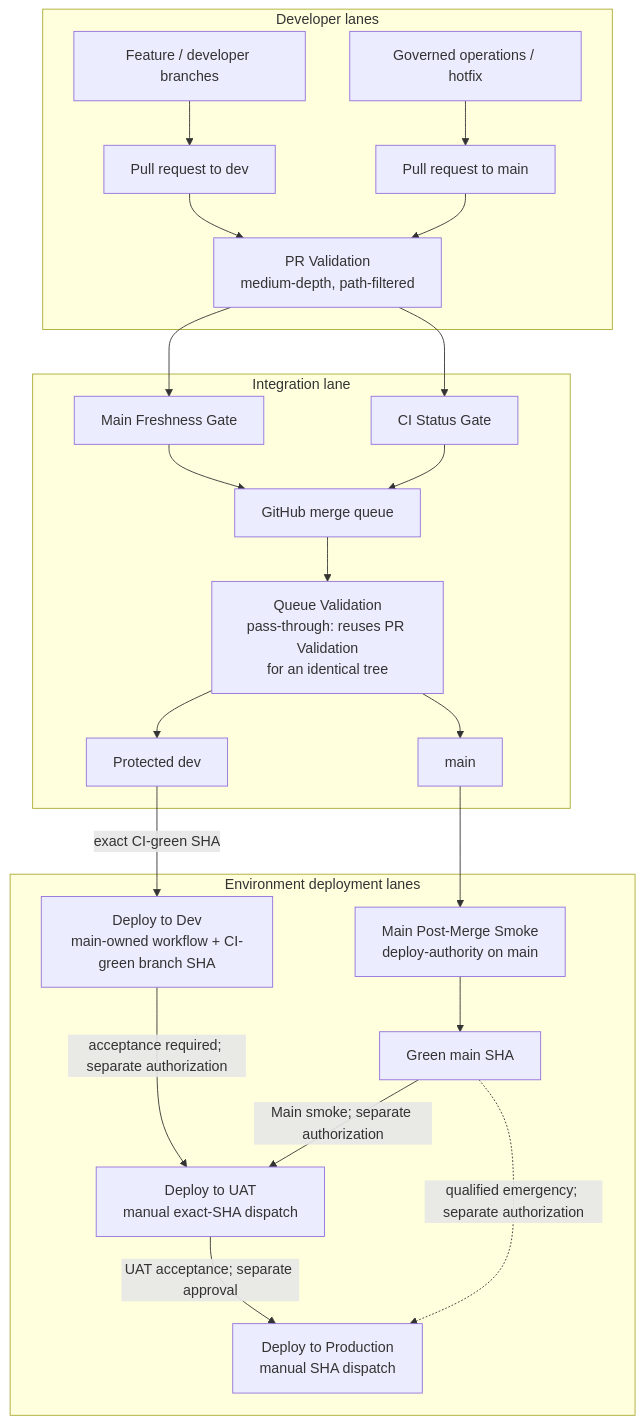
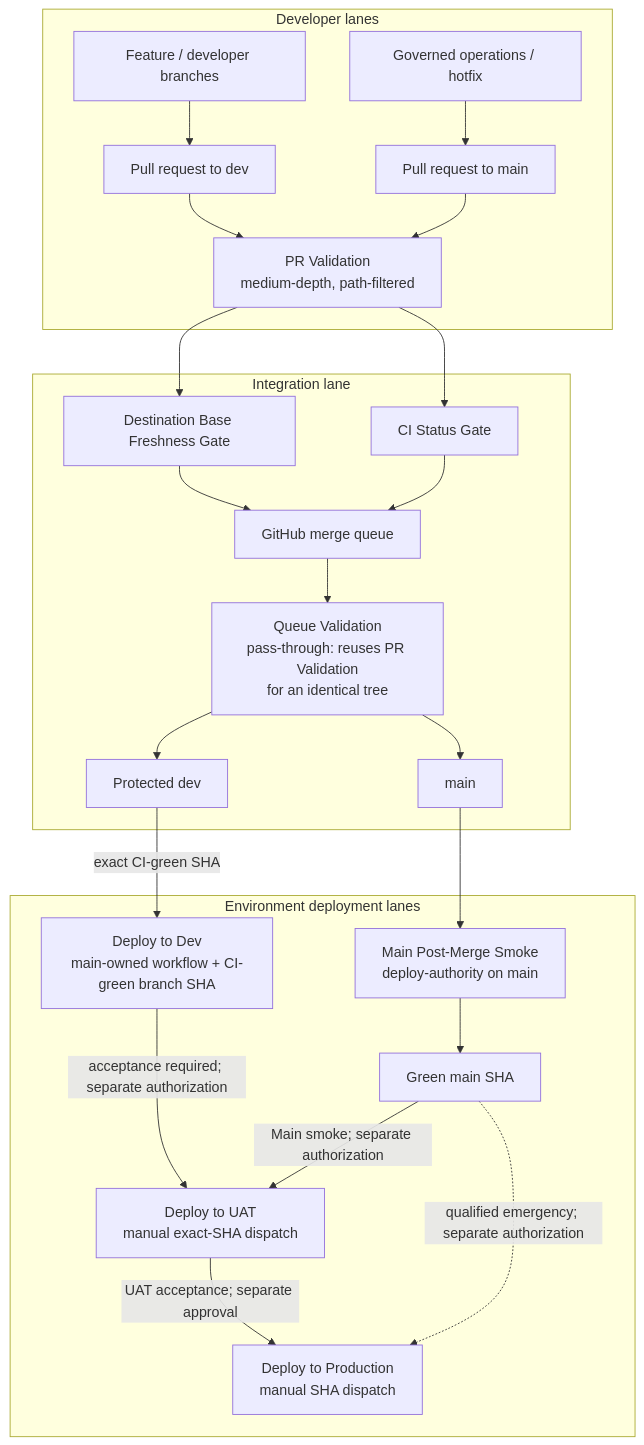
One commit to hushh-labs/hushh-research changed the diagram in docs/reference/operations/ci.md. Above: the diagram before and after it, drawn with Mermaid. The commit also changed other lines of this file and 16 other files, not shown here.

````diff
--- a/docs/reference/operations/ci.md
+++ b/docs/reference/operations/ci.md
@@ -13,41 +13,41 @@
 ```mermaid
 flowchart TB
   subgraph dev["Developer lanes"]
     feat["Feature / developer branches"]
     ops["Governed operations / hotfix"]
     prdev["Pull request to dev"]
     prmain["Pull request to main"]
     prci["PR Validation<br/>medium-depth, path-filtered"]
   end
 
   subgraph integration["Integration lane"]
-    freshness["Main Freshness Gate"]
+    freshness["Destination Base Freshness Gate"]
     status["CI Status Gate"]
     queueci["Queue Validation<br/>pass-through: reuses PR Validation<br/>for an identical tree"]
     queue["GitHub merge queue"]
     devbranch["Protected dev"]
     main["main"]
   end
 
   subgraph release["Environment deployment lanes"]
     devdeploy["Deploy to Dev<br/>main-owned workflow + CI-green branch SHA"]
     green["Green main SHA"]
     smoke["Main Post-Merge Smoke<br/>deploy-authority on main"]
     uat["Deploy to UAT<br/>manual exact-SHA dispatch"]
     prod["Deploy to Production<br/>manual SHA dispatch"]
   end
 
   feat --> prdev --> prci
   ops --> prmain --> prci
   prci --> freshness
   prci --> status
   freshness --> queue
   status --> queue
   queue --> queueci
   queueci --> devbranch -->|"exact CI-green SHA"| devdeploy
   queueci --> main --> smoke --> green
   devdeploy -->|"acceptance required; separate authorization"| uat
   green -->|"Main smoke; separate authorization"| uat
   uat -->|"UAT acceptance; separate approval"| prod
   green -.->|"qualified emergency; separate authorization"| prod
 ```
````
